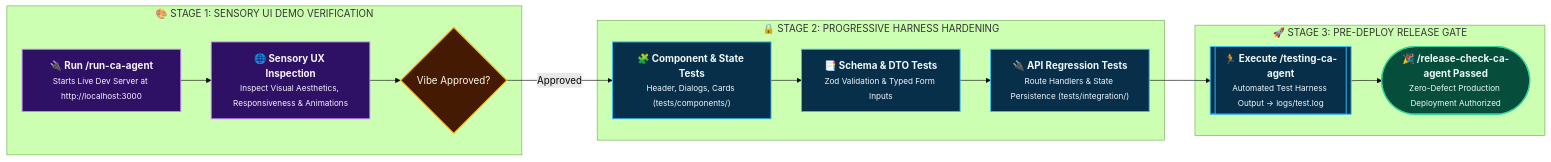
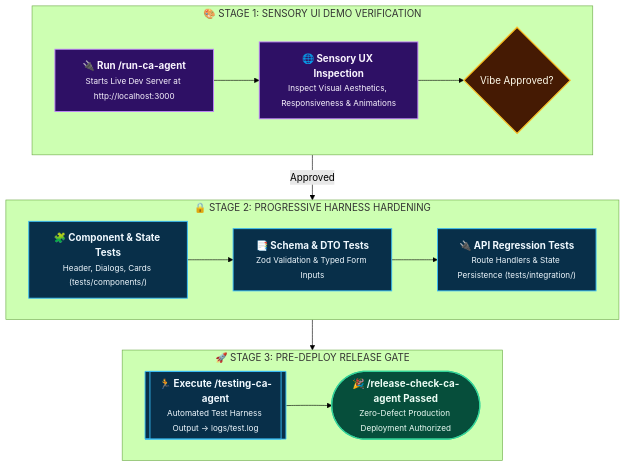
The diagram in Vibe-Coding-Chandan-Adhikary/Vibe-Coding/tests/README.md (rmsofficialsyt/Agentic-AI-Vibe-Coding-AND-SDD-TDD-Codebase-Chandan-Adhikary), drawn with Mermaid (forest theme) before and after one commit. The commit also changed 20 other files, not shown here.

Commit message:
docs: resolve diagram shrinkage by configuring top-level flowchart TB with nested direction LR rows

````diff
--- a/Vibe-Coding-Chandan-Adhikary/Vibe-Coding/tests/README.md
+++ b/Vibe-Coding-Chandan-Adhikary/Vibe-Coding/tests/README.md
@@ -25,32 +25,35 @@
 ```mermaid
-flowchart LR
+flowchart TB
     classDef sensory fill:#2e1065,stroke:#c084fc,stroke-width:1.5px,color:#faf5ff;
     classDef gate fill:#451a03,stroke:#fbbf24,stroke-width:2px,color:#fffbeb;
     classDef harden fill:#082f49,stroke:#38bdf8,stroke-width:1.5px,color:#f0f9ff;
     classDef pass fill:#064e3b,stroke:#34d399,stroke-width:2px,color:#ecfdf5;
 
     subgraph SensoryStage ["🎨 STAGE 1: SENSORY UI DEMO VERIFICATION"]
+        direction LR
         LiveDemo["<b>🔌 Run /run-ca-agent</b><br/><small>Starts Live Dev Server at http://localhost:3000</small>"]:::sensory
         SensoryCheck["<b>🌐 Sensory UX Inspection</b><br/><small>Inspect Visual Aesthetics, Responsiveness & Animations</small>"]:::sensory
         VibeSignOff{"Vibe Approved?"}:::gate
     end
 
     subgraph HardeningStage ["🔒 STAGE 2: PROGRESSIVE HARNESS HARDENING"]
+        direction LR
         ComponentTests["<b>🧩 Component & State Tests</b><br/><small>Header, Dialogs, Cards (tests/components/)</small>"]:::harden
         ValidationTests["<b>📑 Schema & DTO Tests</b><br/><small>Zod Validation & Typed Form Inputs</small>"]:::harden
         RegressionTests["<b>🔌 API Regression Tests</b><br/><small>Route Handlers & State Persistence (tests/integration/)</small>"]:::harden
     end
 
     subgraph ReleaseStage ["🚀 STAGE 3: PRE-DEPLOY RELEASE GATE"]
+        direction LR
         TestRun[["<b>🏃 Execute /testing-ca-agent</b><br/><small>Automated Test Harness Output -> logs/test.log</small>"]]:::harden
         ShipVerdict(["<b>🎉 /release-check-ca-agent Passed</b><br/><small>Zero-Defect Production Deployment Authorized</small>"]):::pass
     end
 
     LiveDemo --> SensoryCheck
     SensoryCheck --> VibeSignOff
     VibeSignOff -->|"Approved"| ComponentTests
     ComponentTests --> ValidationTests
     ValidationTests --> RegressionTests
     RegressionTests --> TestRun
     TestRun --> ShipVerdict
 ```
````
